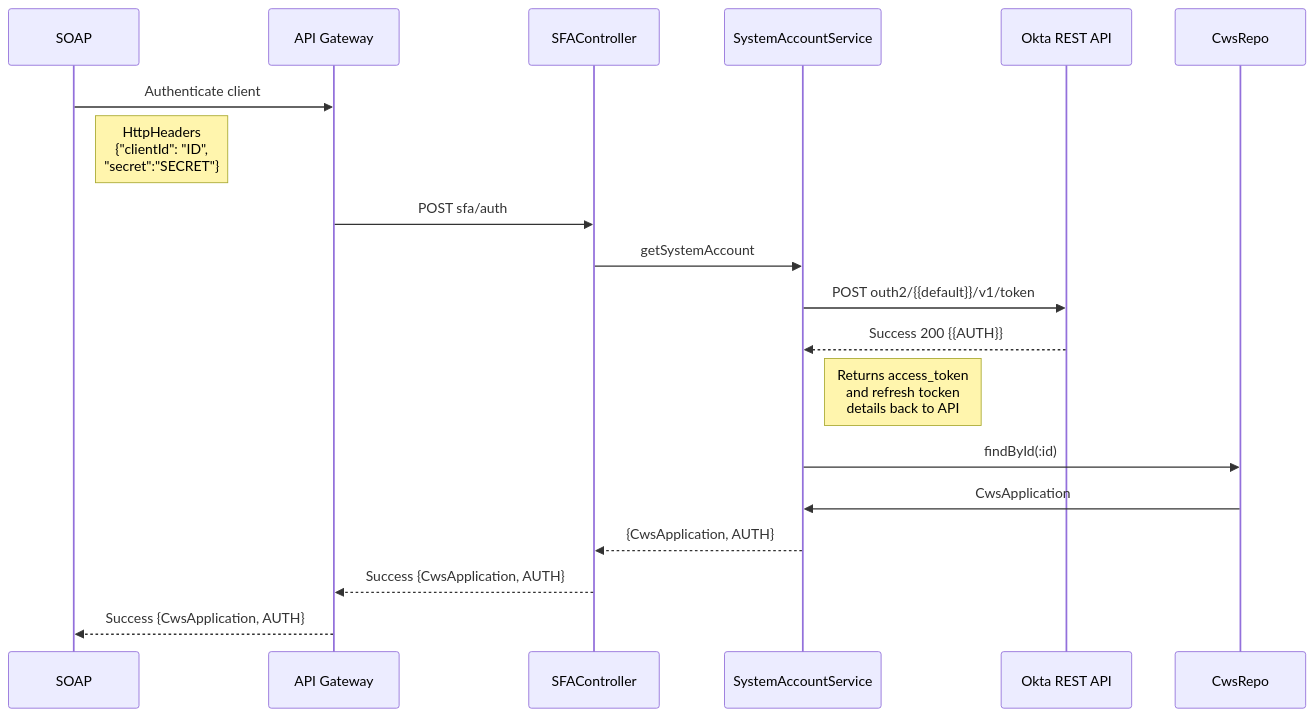
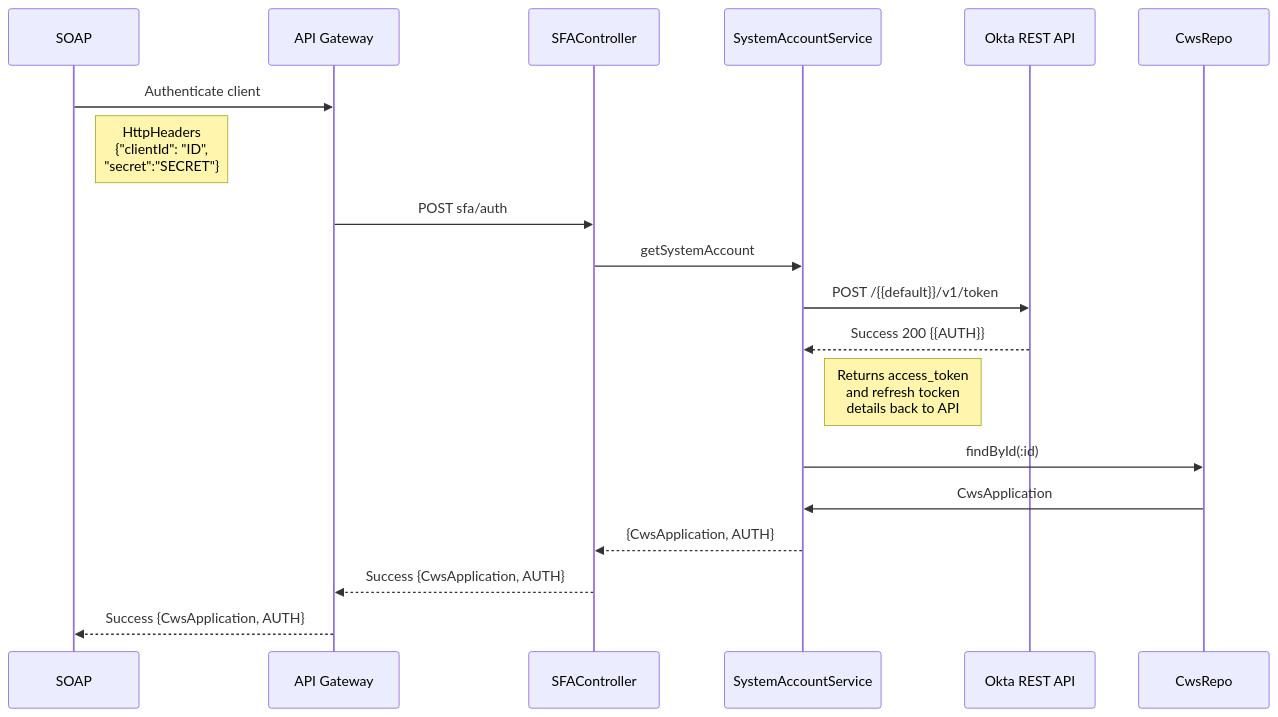
Before and after one commit to venuduggireddy/slakedit: the fourth of 4 diagrams in README.md, drawn with Mermaid. The commit also changed other lines of this file, not shown here.

````diff
--- a/README.md
+++ b/README.md
@@ -134,15 +134,15 @@
 ```mermaid
 sequenceDiagram
 SOAP ->> API Gateway: Authenticate client
 Note right of SOAP: HttpHeaders <br/>{"clientId": "ID",<br/> "secret":"SECRET"}
 API Gateway->>SFAController: POST sfa/auth
 SFAController ->> SystemAccountService: getSystemAccount
-SystemAccountService ->> Okta REST API: POST outh2/{{default}}/v1/token
+SystemAccountService ->> Okta REST API: POST /{{default}}/v1/token
 Okta REST API-->> SystemAccountService: Success 200 {{AUTH}}
 Note right of SystemAccountService: Returns access_token<br/>and refresh tocken<br/> details back to API
 SystemAccountService ->> CwsRepo: findById(:id)
 CwsRepo ->> SystemAccountService: CwsApplication
 SystemAccountService -->> SFAController: {CwsApplication, AUTH}
 SFAController -->> API Gateway: Success {CwsApplication, AUTH}
 API Gateway -->> SOAP: Success {CwsApplication, AUTH}
 ```
````
